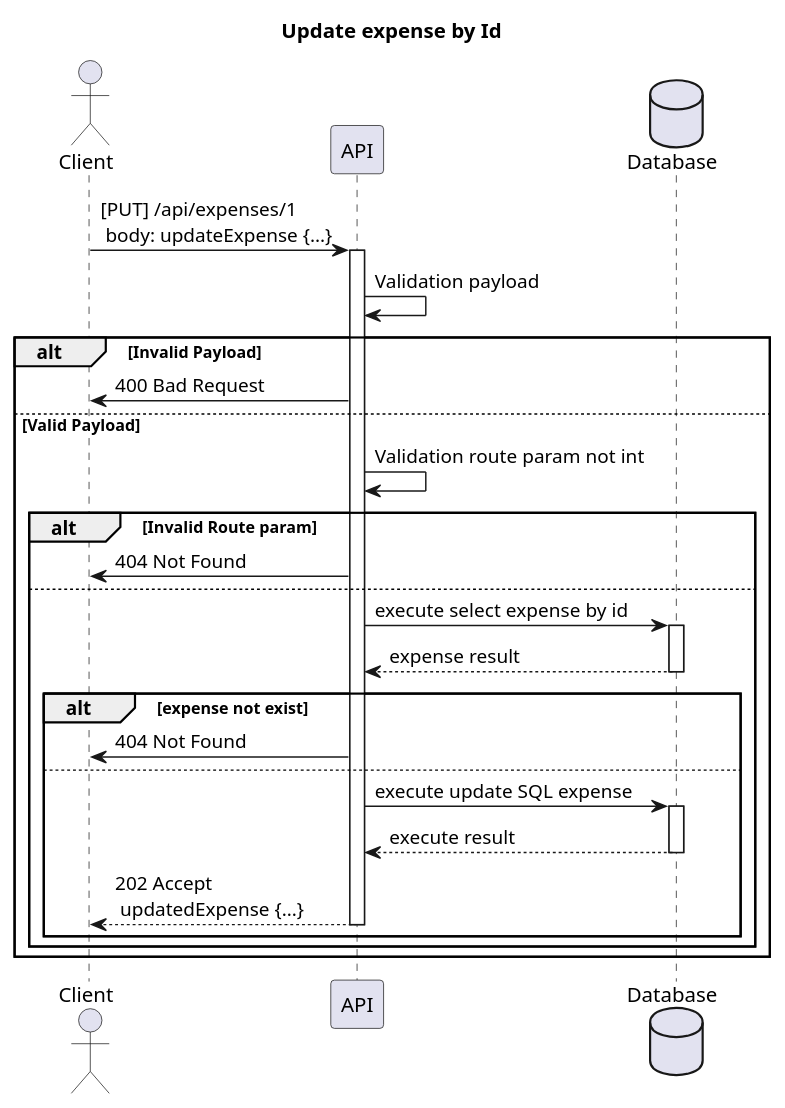
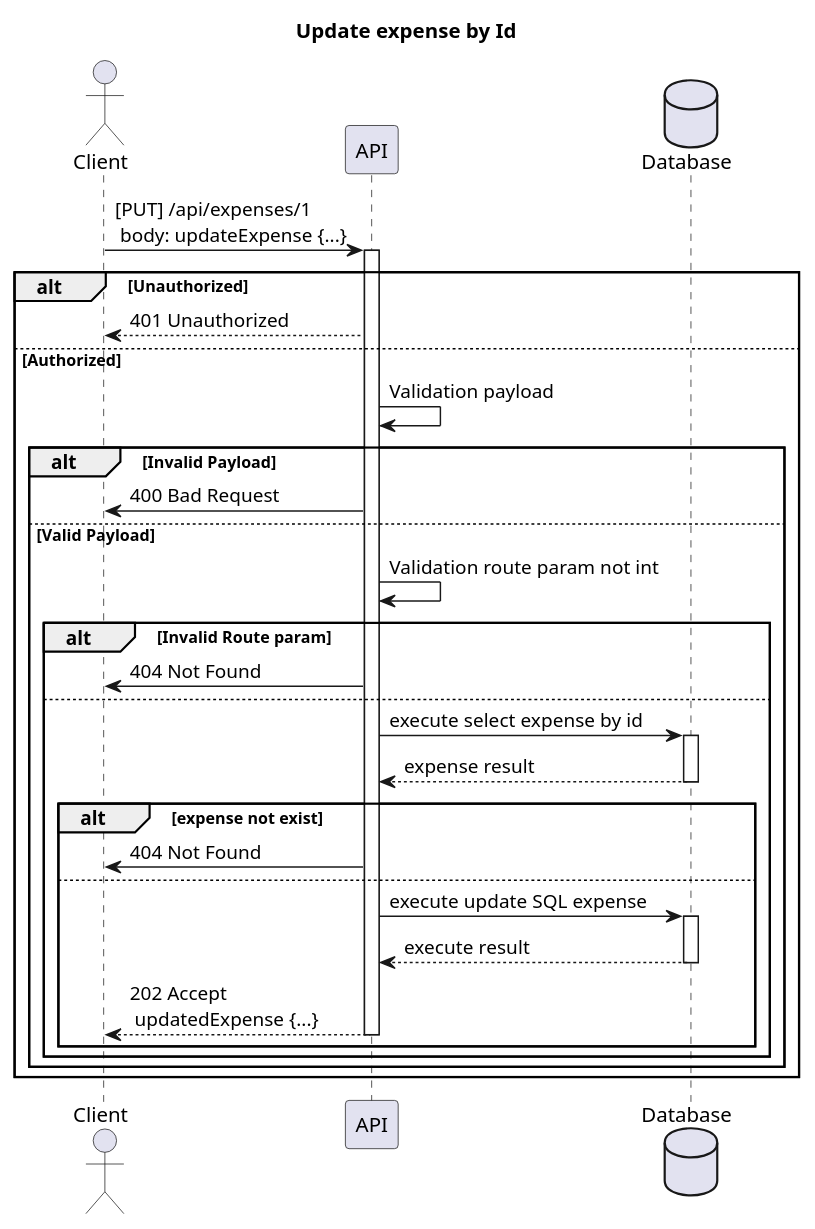
The diagram in docs/sequence-diagram/exp03.plantuml (wasawaz/assessment), drawn with PlantUML before and after one commit. The commit also changed 7 other files, not shown here.

Commit message:
sequence-diagram: add authorization for alternative flow

```diff
--- a/docs/sequence-diagram/exp03.plantuml
+++ b/docs/sequence-diagram/exp03.plantuml
@@ -1,37 +1,41 @@
 @startuml
 
 title: Update expense by Id
 actor Client
 participant API
 database Database 
 
 Client -> API: [PUT] /api/expenses/1 \n body: updateExpense {...}
 activate API
+alt Unauthorized
+API --> Client: 401 Unauthorized
+else Authorized
 API -> API: Validation payload
 alt Invalid Payload
 API -> Client: 400 Bad Request
 else Valid Payload
 API -> API: Validation route param not int
 alt Invalid Route param
 API -> Client: 404 Not Found
 else
 API -> Database: execute select expense by id
 activate Database
 Database --> API: expense result
 deactivate Database
 
 alt expense not exist
 API -> Client: 404 Not Found
 else
 API -> Database: execute update SQL expense
 activate Database
 Database --> API: execute result
 deactivate Database
 API --> Client: 202 Accept \n updatedExpense {...}
 deactivate API
 end
 end
 end
+end
 
 
 @enduml
```
